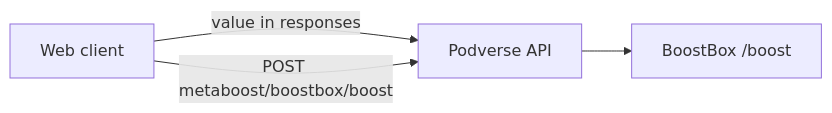
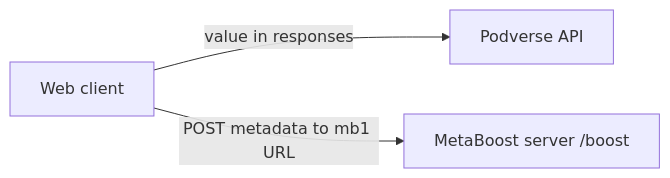
Before and after one commit to podverse/podverse: the sixth of 7 diagrams in docs/v4v/bitcoin/lnd/V4V-BITCOIN-LN-SETUP-DIAGRAM.md, drawn with Mermaid. The commit also changed other lines of this file and 107 other files, not shown here.

````diff
--- a/docs/v4v/bitcoin/lnd/V4V-BITCOIN-LN-SETUP-DIAGRAM.md
+++ b/docs/v4v/bitcoin/lnd/V4V-BITCOIN-LN-SETUP-DIAGRAM.md
@@ -186,9 +184,9 @@
 ```mermaid
 flowchart LR
   Web[Web client]
   API[Podverse API]
-  BoostBox[BoostBox /boost]
+  MetaBoostServer[MetaBoost server /boost]
 
   Web -->|value in responses| API
-  Web -->|POST metaboost/boostbox/boost| API --> BoostBox
+  Web -->|POST metadata to mb1 URL| MetaBoostServer
 ```
````
